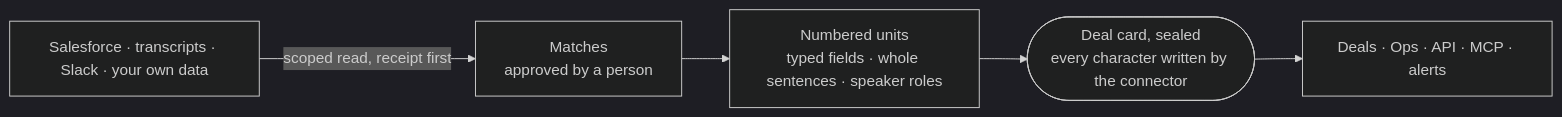
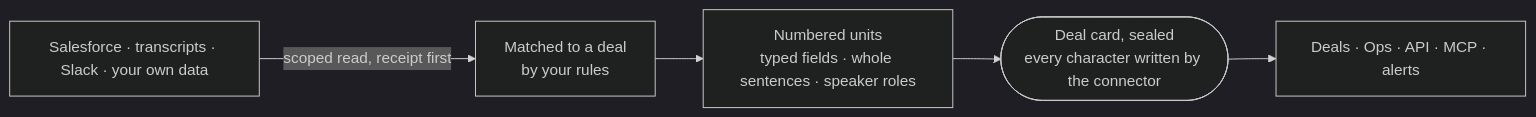
Before and after one commit to pwngh/gtm-connector: the diagram in README.md, drawn with Mermaid (dark theme). The commit also changed other lines of this file and 4 other files, not shown here.

````diff
--- a/README.md
+++ b/README.md
@@ -83,7 +83,7 @@
 ```mermaid
 flowchart LR
-    S["Salesforce · transcripts · Slack · your own data"] -->|"scoped read, receipt first"| M["Matches<br/>approved by a person"]
+    S["Salesforce · transcripts · Slack · your own data"] -->|"scoped read, receipt first"| M["Matched to a deal<br/>by your rules"]
     M --> U["Numbered units<br/>typed fields · whole sentences · speaker roles"]
     U --> C(["Deal card, sealed<br/>every character written by the connector"])
     C --> O["Deals · Ops · API · MCP · alerts"]
 ```
````
